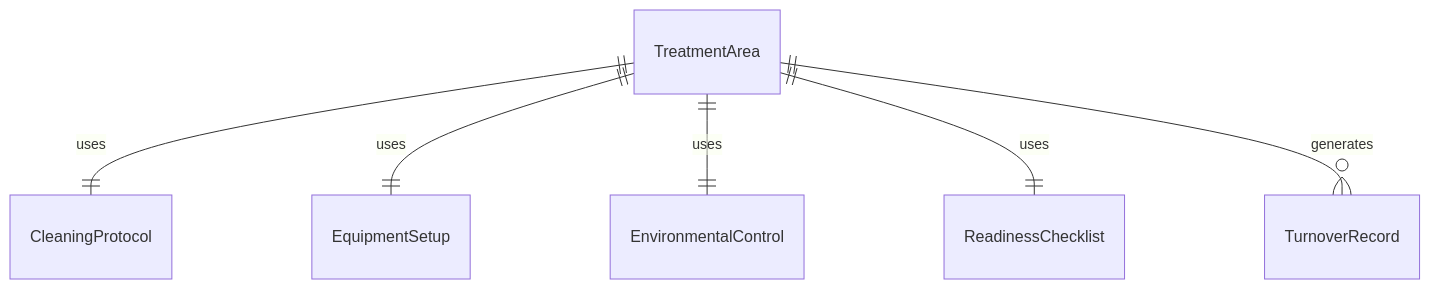
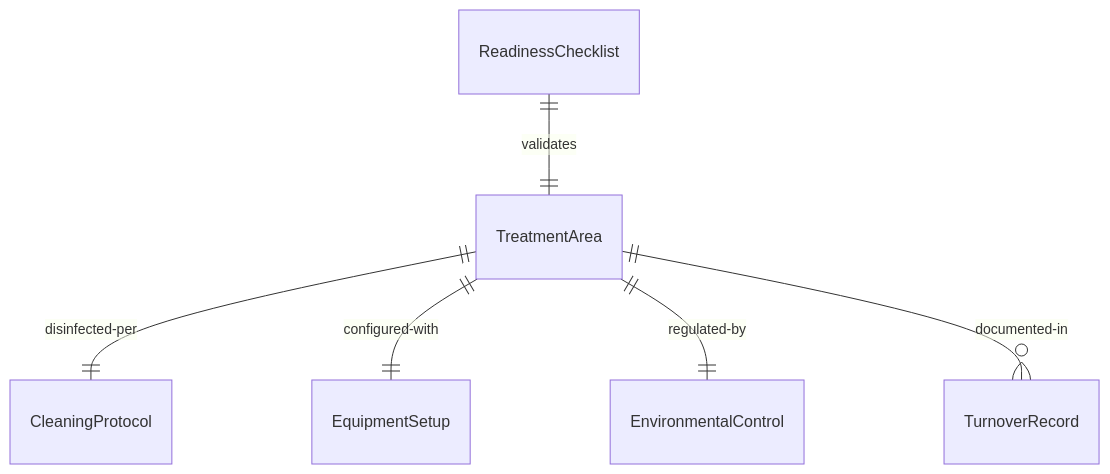
Before and after one commit to dot-org-ai/tasks.org.ai: the first of 4 diagrams in HandlingAndMovingObjects/PrepareMedicalEquipmentOrWorkAreasForUse/PreparePatientTreatmentAreasUse.mdx, drawn with Mermaid. The commit also changed other lines of this file and 515 other files, not shown here.

````diff
--- a/HandlingAndMovingObjects/PrepareMedicalEquipmentOrWorkAreasForUse/PreparePatientTreatmentAreasUse.mdx
+++ b/HandlingAndMovingObjects/PrepareMedicalEquipmentOrWorkAreasForUse/PreparePatientTreatmentAreasUse.mdx
@@ -88,8 +88,8 @@
 ```mermaid
 erDiagram
-    TreatmentArea ||--|| CleaningProtocol : "uses"
-    TreatmentArea ||--|| EquipmentSetup : "uses"
-    TreatmentArea ||--|| EnvironmentalControl : "uses"
-    TreatmentArea ||--|| ReadinessChecklist : "uses"
-    TreatmentArea ||--o{ TurnoverRecord : "generates"
+    TreatmentArea ||--|| CleaningProtocol : "disinfected-per"
+    TreatmentArea ||--|| EquipmentSetup : "configured-with"
+    TreatmentArea ||--|| EnvironmentalControl : "regulated-by"
+    ReadinessChecklist ||--|| TreatmentArea : "validates"
+    TreatmentArea ||--o{ TurnoverRecord : "documented-in"
 ```
````
